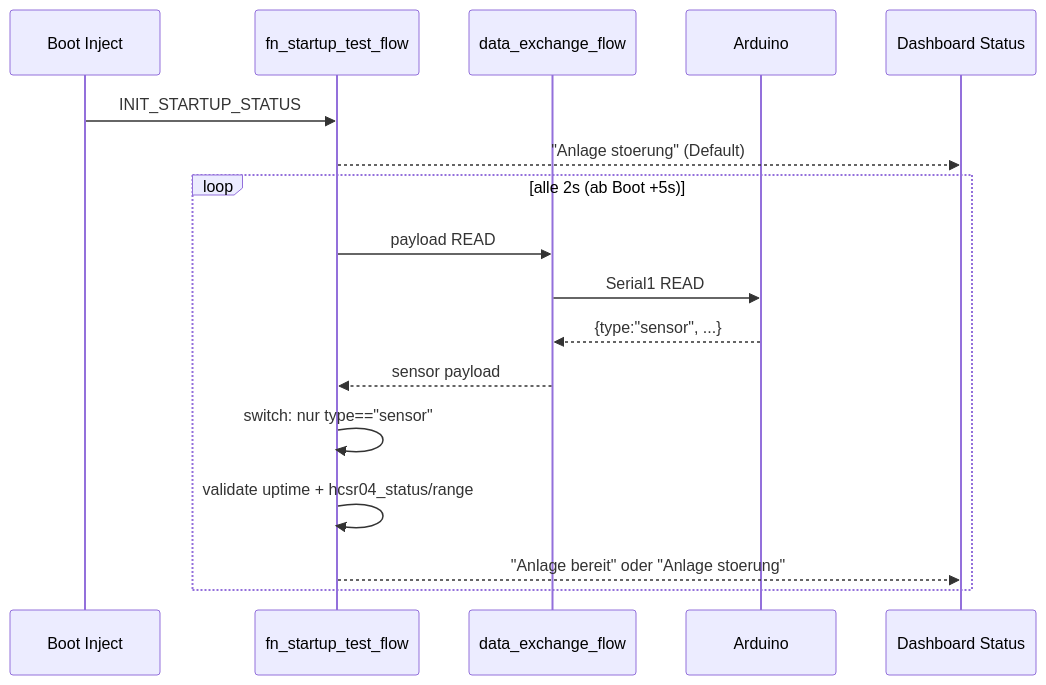
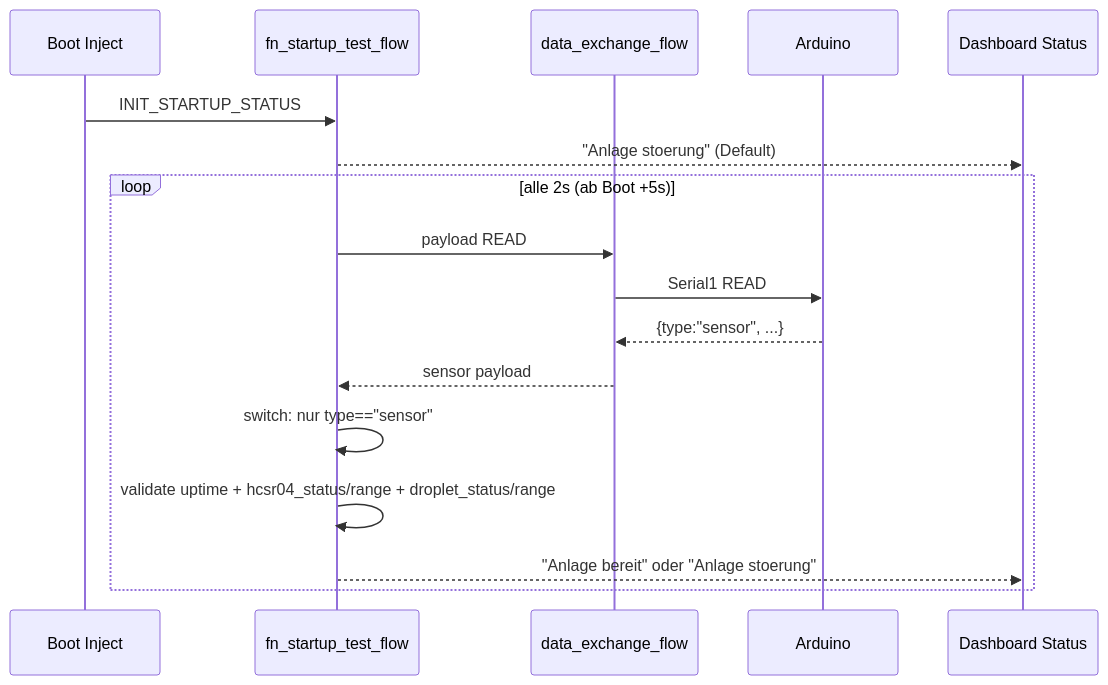
One commit to HerrnDK/Projekt changed the eighth of 12 diagrams in nodered/flows/FLOW_ARCHITEKTUR_PLAN.md. Above: the diagram before and after it, drawn with Mermaid. The commit also changed other lines of this file and 11 other files, not shown here.

````diff
--- a/nodered/flows/FLOW_ARCHITEKTUR_PLAN.md
+++ b/nodered/flows/FLOW_ARCHITEKTUR_PLAN.md
@@ -170,21 +170,21 @@
 ```mermaid
 sequenceDiagram
   participant Boot as Boot Inject
   participant ST as fn_startup_test_flow
   participant X as data_exchange_flow
   participant A as Arduino
   participant D as Dashboard Status
 
   Boot->>ST: INIT_STARTUP_STATUS
   ST-->>D: "Anlage stoerung" (Default)
 
   loop alle 2s (ab Boot +5s)
     ST->>X: payload READ
     X->>A: Serial1 READ
     A-->>X: {type:"sensor", ...}
     X-->>ST: sensor payload
     ST->>ST: switch: nur type=="sensor"
-    ST->>ST: validate uptime + hcsr04_status/range
+    ST->>ST: validate uptime + hcsr04_status/range + droplet_status/range
     ST-->>D: "Anlage bereit" oder "Anlage stoerung"
   end
 ```
````
